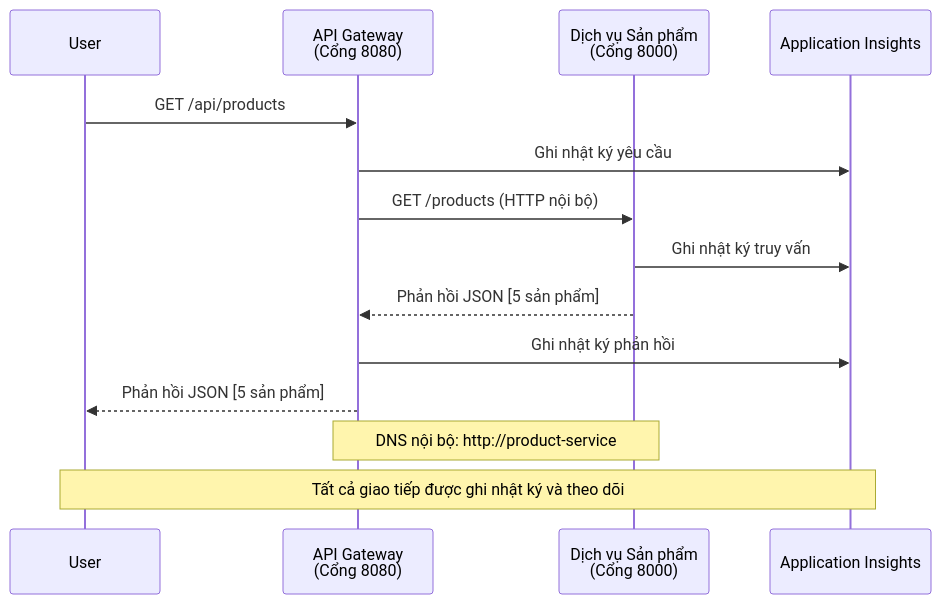
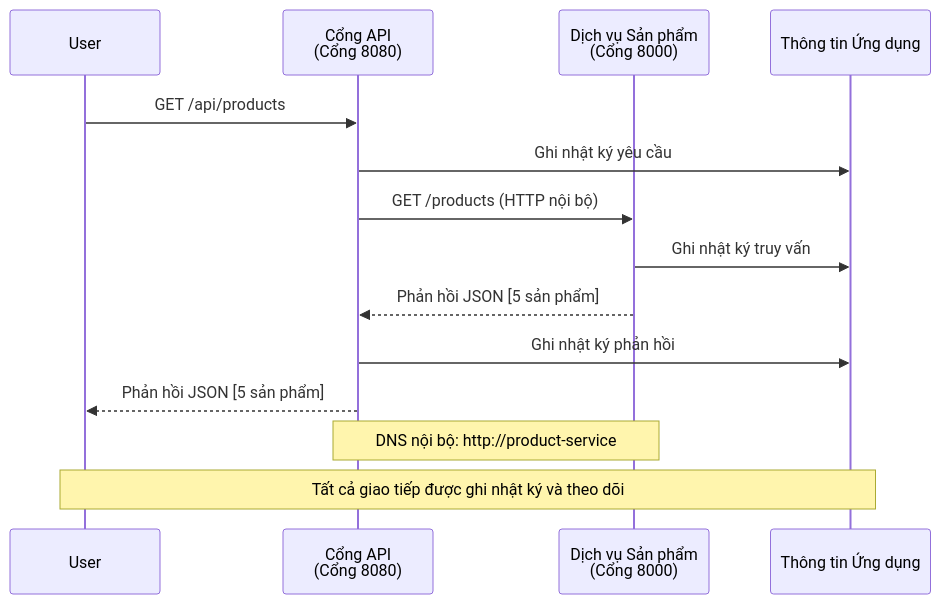
The fourth of 4 diagrams in translations/vi/examples/microservices/README.md (microsoft/AZD-for-beginners), drawn with Mermaid before and after one commit. The commit also changed other lines of this file and 242 other files, not shown here.

````diff
--- a/translations/vi/examples/microservices/README.md
+++ b/translations/vi/examples/microservices/README.md
@@ -432,18 +423,18 @@
 ```mermaid
 sequenceDiagram
     participant User
-    participant Gateway as API Gateway<br/>(Cổng 8080)
+    participant Gateway as Cổng API<br/>(Cổng 8080)
     participant Product as Dịch vụ Sản phẩm<br/>(Cổng 8000)
-    participant AI as Application Insights
+    participant AI as Thông tin Ứng dụng
     
     User->>Gateway: GET /api/products
     Gateway->>AI: Ghi nhật ký yêu cầu
     Gateway->>Product: GET /products (HTTP nội bộ)
     Product->>AI: Ghi nhật ký truy vấn
     Product-->>Gateway: Phản hồi JSON [5 sản phẩm]
     Gateway->>AI: Ghi nhật ký phản hồi
     Gateway-->>User: Phản hồi JSON [5 sản phẩm]
     
     Note over Gateway,Product: DNS nội bộ: http://product-service
     Note over User,AI: Tất cả giao tiếp được ghi nhật ký và theo dõi
 ```
````
